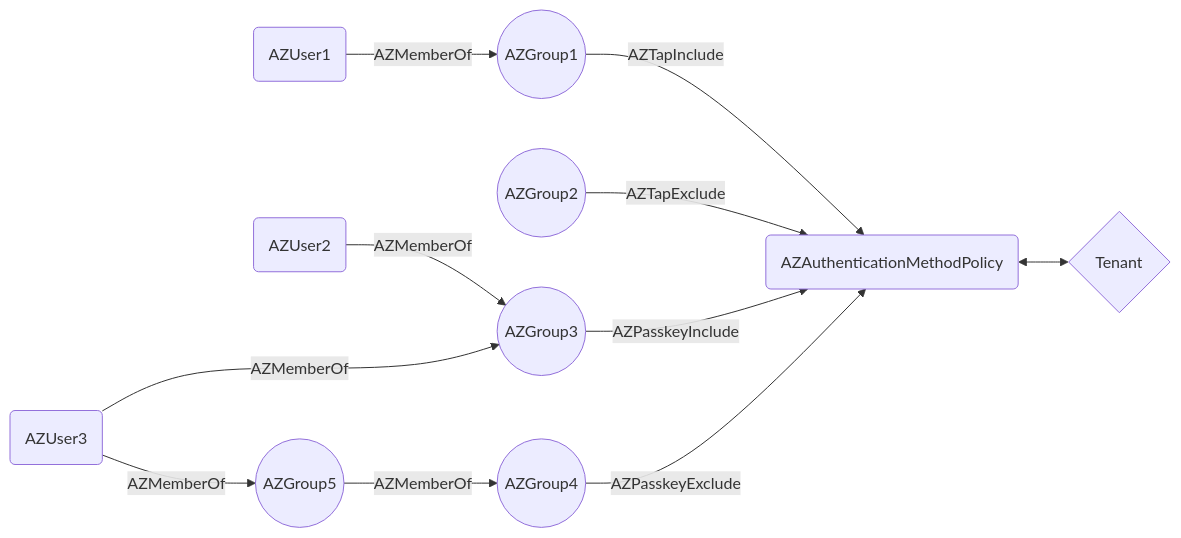
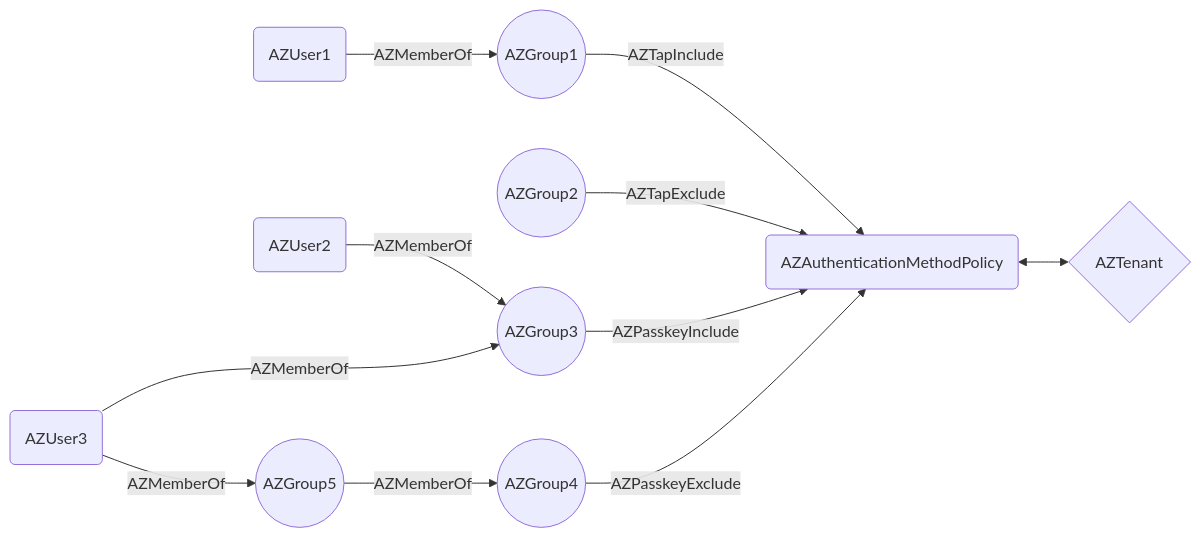
Before and after one commit to MichaelGrafnetter/EntraAuthPolicyHound: the first of 2 diagrams in README.md, drawn with Mermaid. The commit also changed other lines of this file, not shown here.

Commit message:
Graph fixes

````diff
--- a/README.md
+++ b/README.md
@@ -36,15 +36,15 @@
 ```mermaid
 graph LR
     g1((AZGroup1)) -- AZTapInclude --> P(AZAuthenticationMethodPolicy)
     g2((AZGroup2)) -- AZTapExclude --> P
     u1(AZUser1) -- AZMemberOf --> g1
 
     g3((AZGroup3)) -- AZPasskeyInclude --> P(AZAuthenticationMethodPolicy)
     g4((AZGroup4)) -- AZPasskeyExclude --> P
     u2(AZUser2) -- AZMemberOf --> g3
     g5((AZGroup5)) -- AZMemberOf --> g4
     u3(AZUser3) -- AZMemberOf --> g5
     u3 -- AZMemberOf --> g3
 
-    P <--> t{Tenant}
+    P <--> t{AZTenant}
 ```
````
